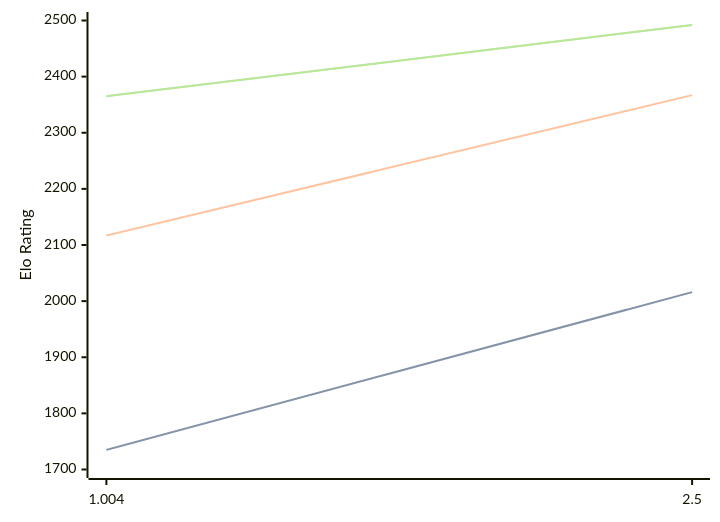
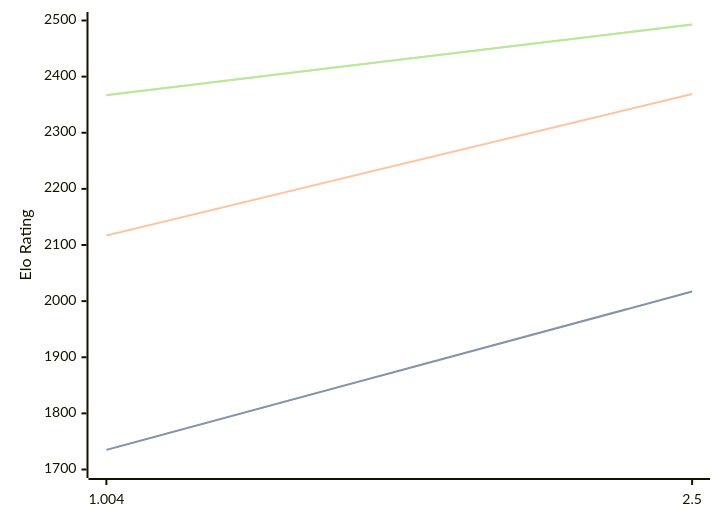
One commit to computer-chess-index/cci changed the diagram in engines/Ares.md. Above: the diagram before and after it, drawn with Mermaid. The commit also changed other lines of this file, not shown here.

Commit message:
Update CCI Ratings (ELO VLTC) - 2026-05-06

````diff
--- a/engines/Ares.md
+++ b/engines/Ares.md
@@ -32,11 +32,11 @@
 ```mermaid
 %%{init: {"theme":"base","themeVariables":{"seriesColors:['#a3a3a3','#222221','#faa371']}}}%%
 xychart-beta
   x-axis ["1.004", "2.5"]
   y-axis "Elo Rating" 1700 --> 2500
-  line "STC (8.0+0.08s)" [1735, 2016]
-  line "STC (8.0+0.08s)" [1735, 2016]
-  line "LTC (60.0+0.60s)" [2117, 2367]
-  line "VLTC (2m24s+1.12s)" [2365, 2492]
-  line "VLTC (2m24s+1.12s)" [2365, 2492]
+  line "STC (8.0+0.08s)" [1735, 2017]
+  line "STC (8.0+0.08s)" [1735, 2017]
+  line "LTC (60.0+0.60s)" [2117, 2369]
+  line "VLTC (2m24s+1.12s)" [2367, 2493]
+  line "VLTC (2m24s+1.12s)" [2367, 2493]
 ```
````
